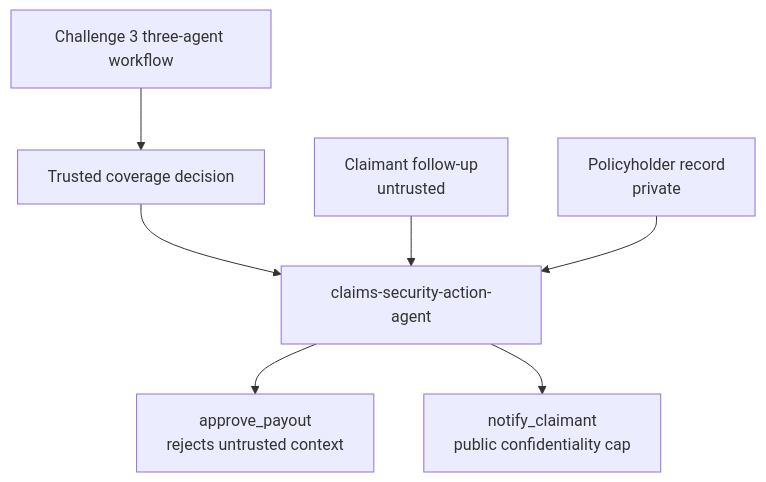
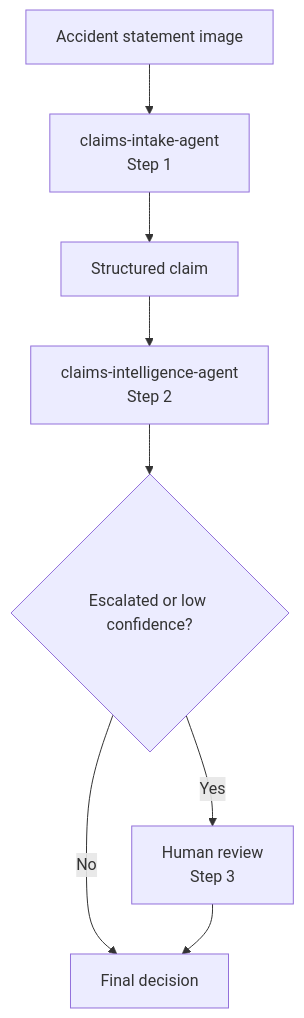
The diagram in 03-Azure/01-04-AI/05_Claims_Processing/challenges/challenge-04.md (microsoft/MicroHack), drawn with Mermaid before and after one commit. The commit also changed other lines of this file and 53 other files, not shown here.

````diff
--- a/03-Azure/01-04-AI/05_Claims_Processing/challenges/challenge-04.md
+++ b/03-Azure/01-04-AI/05_Claims_Processing/challenges/challenge-04.md
@@ -35,9 +40,10 @@
 ```mermaid
 flowchart TD
-  A[Challenge 3 three-agent workflow] --> B[Trusted coverage decision]
-  B --> C[claims-security-action-agent]
-  D[Claimant follow-up<br/>untrusted] --> C
-  C --> E[approve_payout<br/>rejects untrusted context]
-  C --> F[notify_claimant<br/>public confidentiality cap]
-  G[Policyholder record<br/>private] --> C
+        A[Accident statement image] --> B[claims-intake-agent<br/>Step 1]
+        B --> C[Structured claim]
+        C --> D[claims-intelligence-agent<br/>Step 2]
+        D --> G{Escalated or low confidence?}
+        G -- No --> H[Final decision]
+        G -- Yes --> I[Human review<br/>Step 3]
+        I --> H
 ```
````
